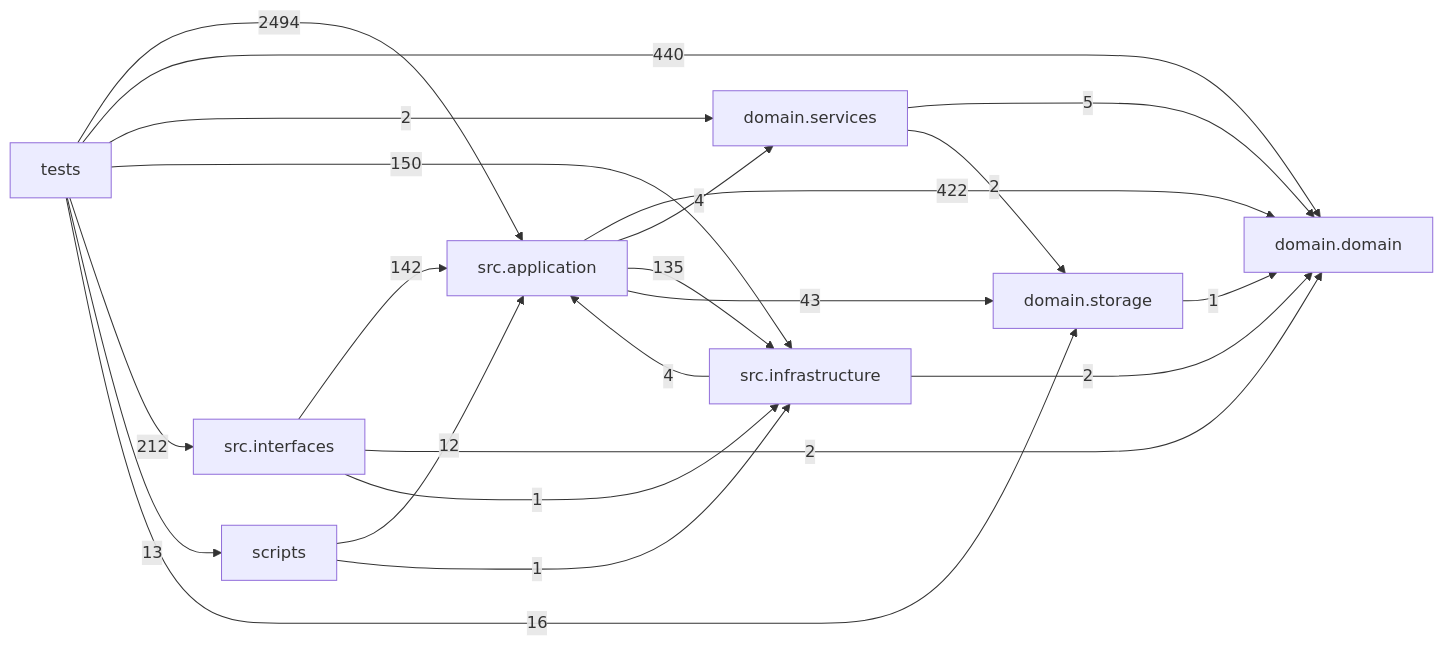
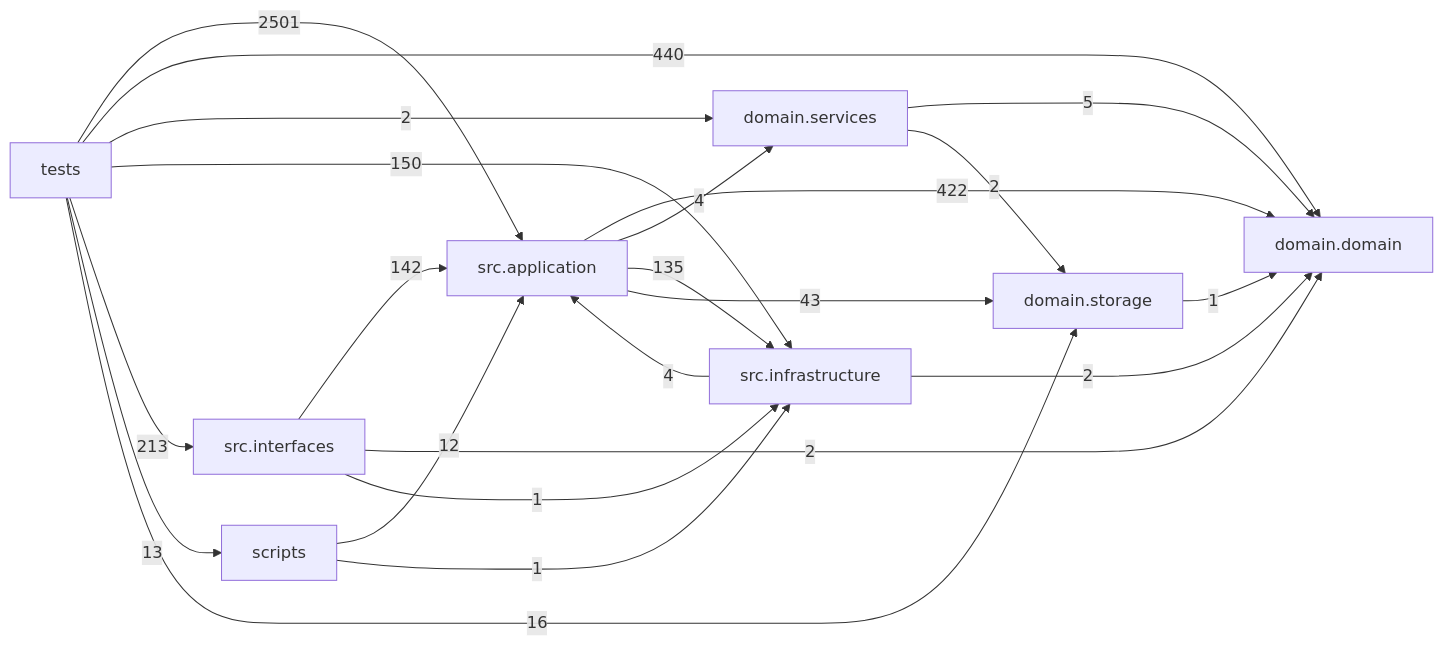
Before and after one commit to liuxie066/options-monitor: the diagram in docs/DEPENDENCY_GRAPH.md, drawn with Mermaid. The commit also changed other lines of this file and 11 other files, not shown here.

````diff
--- a/docs/DEPENDENCY_GRAPH.md
+++ b/docs/DEPENDENCY_GRAPH.md
@@ -24,32 +24,32 @@
 ```mermaid
 flowchart LR
   tests["tests"]
   scripts["scripts"]
   interfaces["src.interfaces"]
   application["src.application"]
   infrastructure["src.infrastructure"]
   domain_services["domain.services"]
   domain["domain.domain"]
   storage["domain.storage"]
   application -->|422| domain
   application -->|4| domain_services
   application -->|135| infrastructure
   application -->|43| storage
   domain_services -->|5| domain
   domain_services -->|2| storage
   infrastructure -->|4| application
   infrastructure -->|2| domain
   interfaces -->|142| application
   interfaces -->|2| domain
   interfaces -->|1| infrastructure
   scripts -->|12| application
   scripts -->|1| infrastructure
   storage -->|1| domain
-  tests -->|2494| application
+  tests -->|2501| application
   tests -->|440| domain
   tests -->|2| domain_services
   tests -->|150| infrastructure
-  tests -->|212| interfaces
+  tests -->|213| interfaces
   tests -->|13| scripts
   tests -->|16| storage
 ```
````
